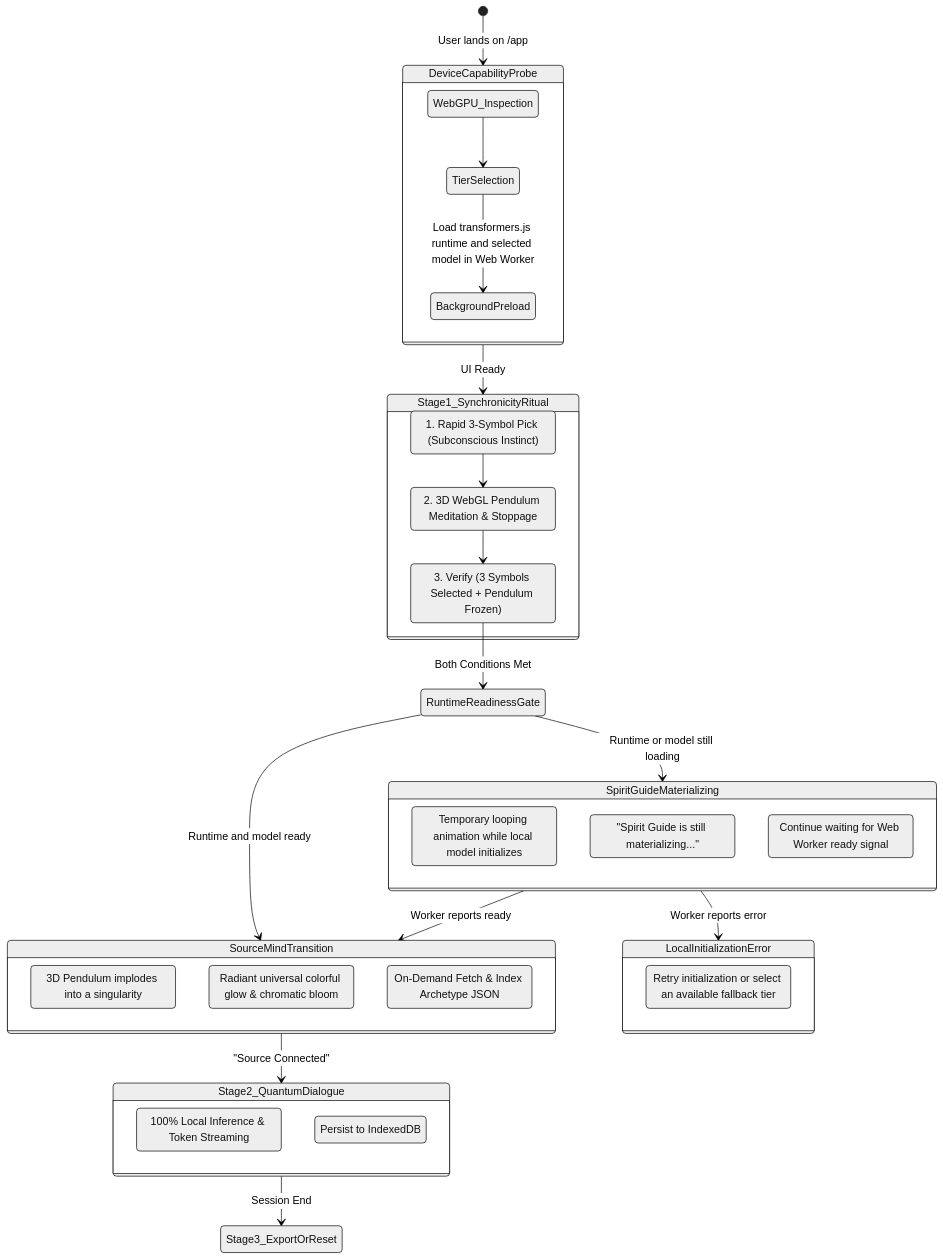
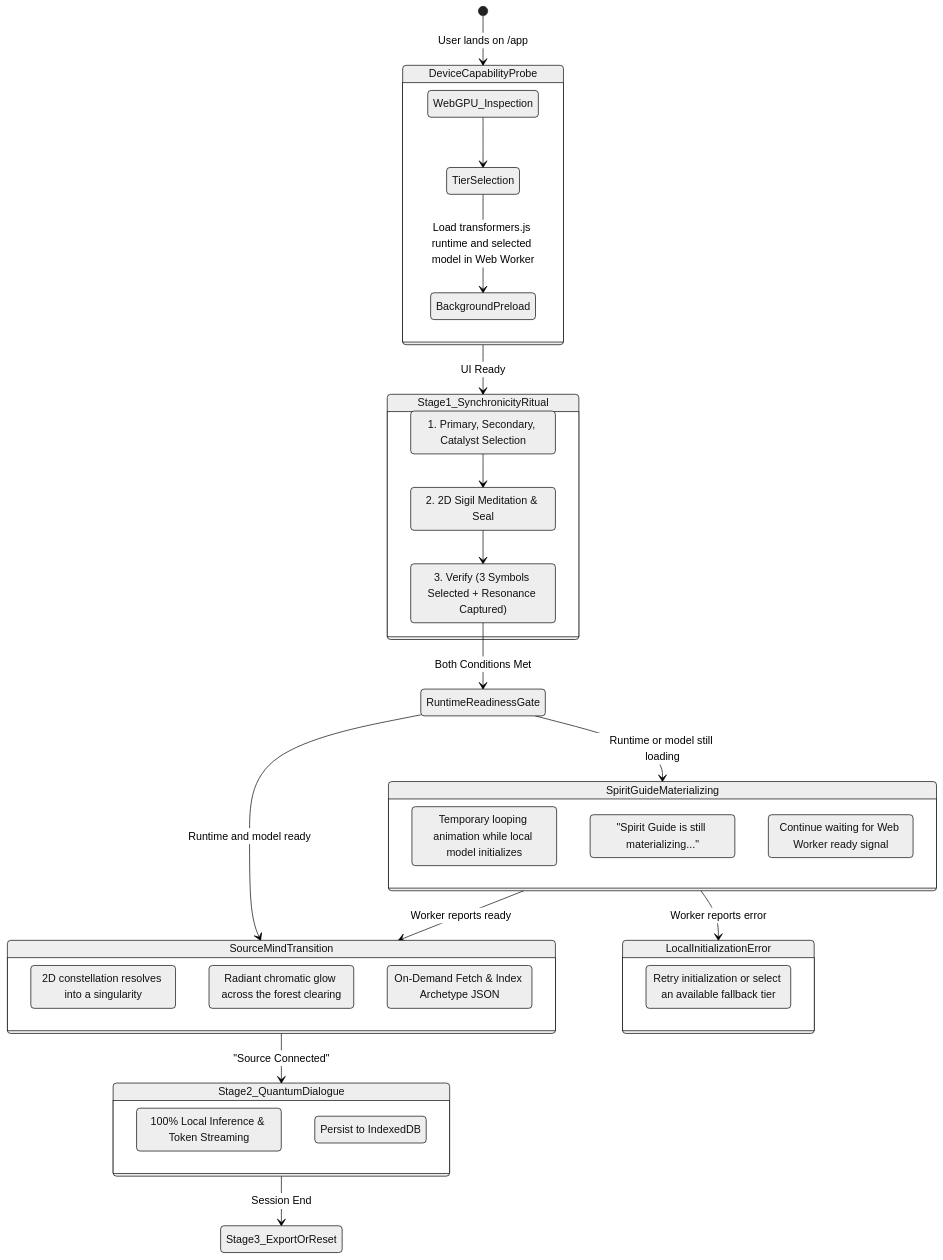
One commit to worlddelights/qspiritguide changed the diagram in APP_PAGE_SPEC.md. Above: the diagram before and after it, drawn with Mermaid (neutral theme). The commit also changed other lines of this file, not shown here.

````diff
--- a/APP_PAGE_SPEC.md
+++ b/APP_PAGE_SPEC.md
@@ -69,52 +70,52 @@
 ```mermaid
 stateDiagram-v2
     [*] --> DeviceCapabilityProbe: User lands on /app
     
     state DeviceCapabilityProbe {
         WebGPU_Inspection --> TierSelection
         TierSelection --> BackgroundPreload: Load transformers.js runtime and selected model in Web Worker
     }
 
     DeviceCapabilityProbe --> Stage1_SynchronicityRitual: UI Ready
 
     state Stage1_SynchronicityRitual {
-        SubconsciousSymbols: 1. Rapid 3-Symbol Pick (Subconscious Instinct)
-        MeditativePendulum: 2. 3D WebGL Pendulum Meditation & Stoppage
-        DualActivationCheck: 3. Verify (3 Symbols Selected + Pendulum Frozen)
+        OrderedArchetypes: 1. Primary, Secondary, Catalyst Selection
+        ResonanceCapture: 2. 2D Sigil Meditation & Seal
+        DualActivationCheck: 3. Verify (3 Symbols Selected + Resonance Captured)
         
-        SubconsciousSymbols --> MeditativePendulum
-        MeditativePendulum --> DualActivationCheck
+        OrderedArchetypes --> ResonanceCapture
+        ResonanceCapture --> DualActivationCheck
     }
 
     DualActivationCheck --> RuntimeReadinessGate: Both Conditions Met
 
     RuntimeReadinessGate --> SourceMindTransition: Runtime and model ready
     RuntimeReadinessGate --> SpiritGuideMaterializing: Runtime or model still loading
     SpiritGuideMaterializing --> SourceMindTransition: Worker reports ready
     SpiritGuideMaterializing --> LocalInitializationError: Worker reports error
 
     state SourceMindTransition {
-        PendulumDissolve: 3D Pendulum implodes into a singularity
-        CosmicBloom: Radiant universal colorful glow & chromatic bloom
+        SigilConvergence: 2D constellation resolves into a singularity
+        CanopyBloom: Radiant chromatic glow across the forest clearing
         PromptResolution: On-Demand Fetch & Index Archetype JSON
     }
 
     state SpiritGuideMaterializing {
       MaterializationLoop: Temporary looping animation while local model initializes
       ReadinessStatus: "Spirit Guide is still materializing..."
       BackgroundWait: Continue waiting for Web Worker ready signal
     }
 
     state LocalInitializationError {
       Recovery: Retry initialization or select an available fallback tier
     }
 
     SourceMindTransition --> Stage2_QuantumDialogue: "Source Connected"
     
     state Stage2_QuantumDialogue {
         LiveChatStreaming: 100% Local Inference & Token Streaming
         VaultAutoSave: Persist to IndexedDB
     }
 
     Stage2_QuantumDialogue --> Stage3_ExportOrReset: Session End
 ```
````
